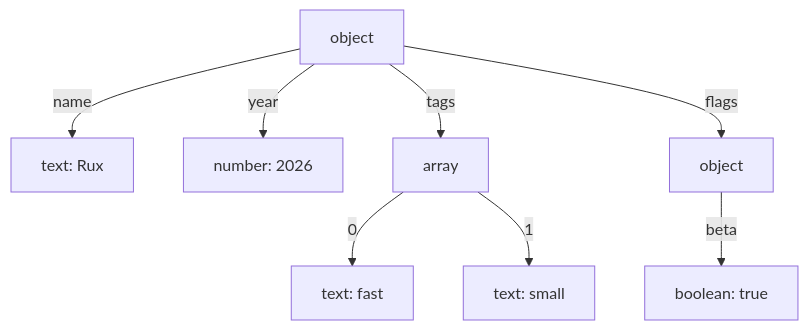
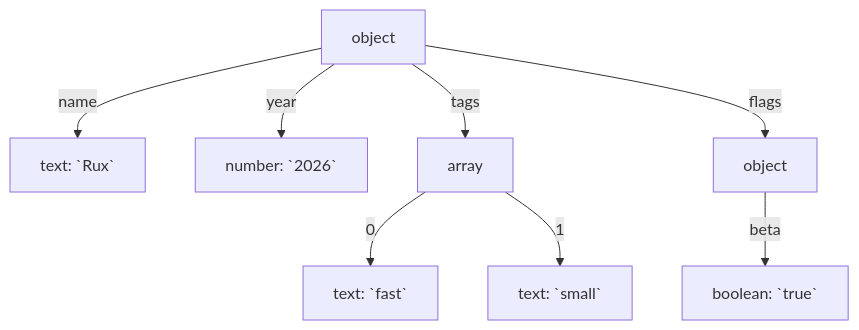
Before and after one commit to rux-lang/Web: the diagram in content/docs/1.learn/21.data-formats/01.json.md, drawn with Mermaid. The commit also changed 187 other files, not shown here.

First line of the commit message:
Draw the Learn diagrams for phones, with code in the mono face

````diff
--- a/content/docs/1.learn/21.data-formats/01.json.md
+++ b/content/docs/1.learn/21.data-formats/01.json.md
@@ -65,10 +65,10 @@
 ```mermaid
 flowchart TD
-    root["object"] -- "name" --> n["text: Rux"]
-    root -- "year" --> y["number: 2026"]
-    root -- "tags" --> t["array"]
-    root -- "flags" --> f["object"]
-    t -- "0" --> t0["text: fast"]
-    t -- "1" --> t1["text: small"]
-    f -- "beta" --> b["boolean: true"]
+    root["object"] -- "`name`" --> n["text: `Rux`"]
+    root -- "`year`" --> y["number: `2026`"]
+    root -- "`tags`" --> t["array"]
+    root -- "`flags`" --> f["object"]
+    t -- "`0`" --> t0["text: `fast`"]
+    t -- "`1`" --> t1["text: `small`"]
+    f -- "`beta`" --> b["boolean: `true`"]
 ```
````
